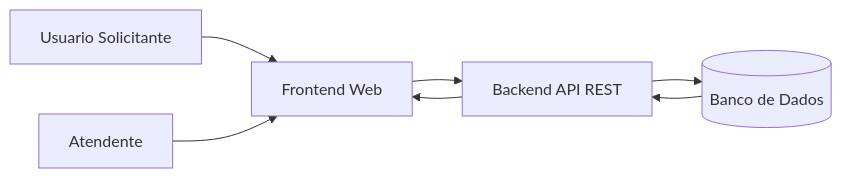
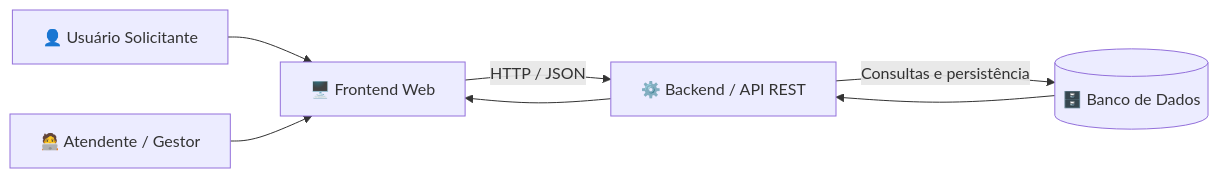
The diagram in README.md (SaahMukai/PI-HelpCorp-Senac), drawn with Mermaid before and after one commit.

````diff
--- a/README.md
+++ b/README.md
@@ -35,15 +35,17 @@
 ```mermaid
 flowchart LR
-    U[Usuario Solicitante]
-    A[Atendente]
-    F[Frontend Web]
-    B[Backend API REST]
-    DB[(Banco de Dados)]
+    U["👤 Usuário Solicitante"]
+    A["🧑‍💻 Atendente / Gestor"]
+
+    F["🖥️ Frontend Web"]
+    B["⚙️ Backend / API REST"]
+    DB[("🗄️ Banco de Dados")]
 
     U --> F
     A --> F
-    F --> B
-    B --> DB
+
+    F -->|"HTTP / JSON"| B
+    B -->|"Consultas e persistência"| DB
     DB --> B
     B --> F
 ```
````
